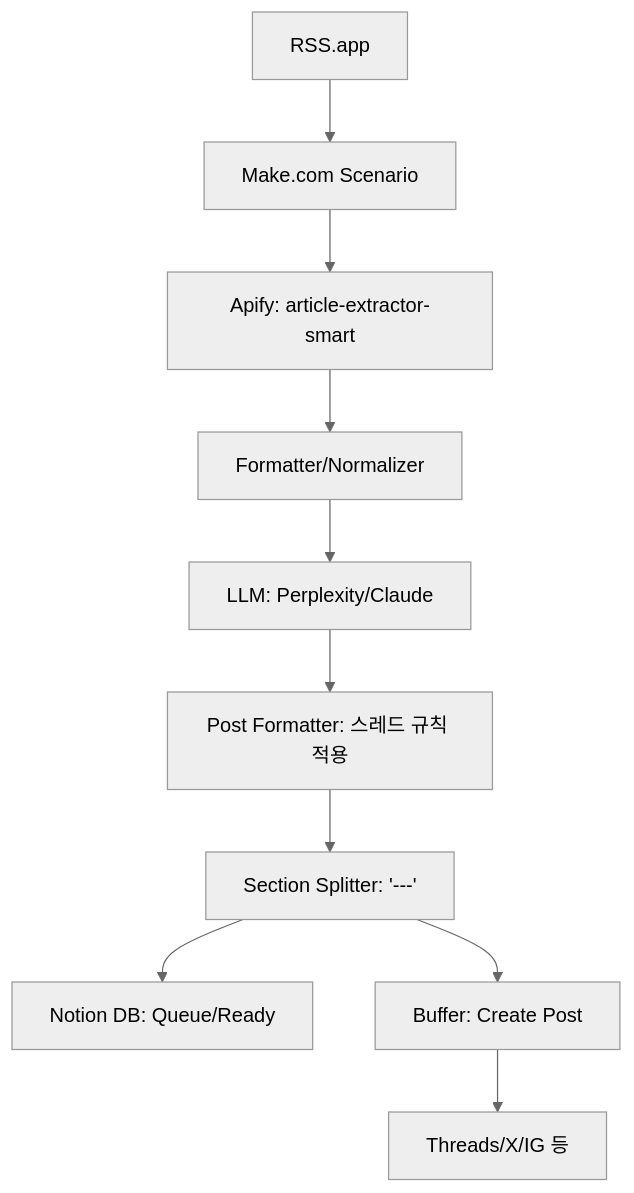
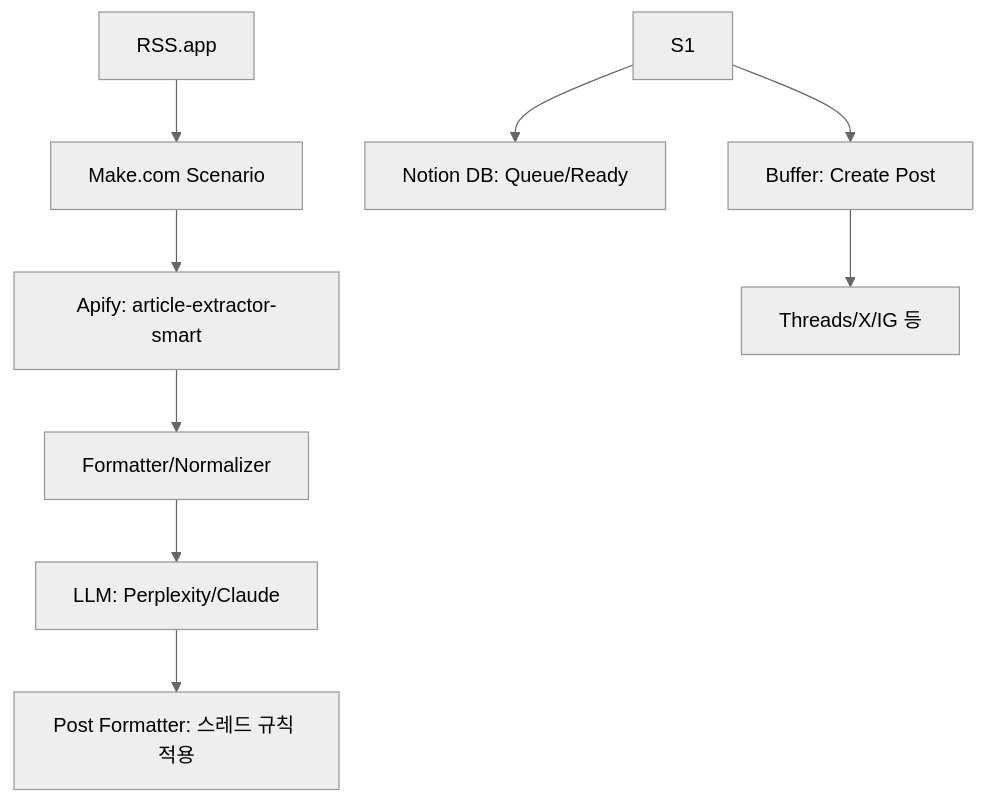
One commit to min-omniai/ai-journal changed the diagram in Automation/MakeAI/Thread-Uploader-v1.md. Above: the diagram before and after it, drawn with Mermaid (neutral theme). The commit also changed other lines of this file, not shown here.

````diff
--- a/Automation/MakeAI/Thread-Uploader-v1.md
+++ b/Automation/MakeAI/Thread-Uploader-v1.md
@@ -35,12 +35,11 @@
 ```mermaid
 graph TD
     RSS[RSS.app] --> M1[Make.com Scenario]
     M1 --> A1[Apify: article-extractor-smart]
     A1 --> F1[Formatter/Normalizer]
     F1 --> L1[LLM: Perplexity/Claude]
     L1 --> P1[Post Formatter: 스레드 규칙 적용]
-    P1 --> S1[Section Splitter: '---']
     S1 --> N1[Notion DB: Queue/Ready]
     S1 --> B1[Buffer: Create Post]
     B1 --> CH[Threads/X/IG 등]
 ```
````
